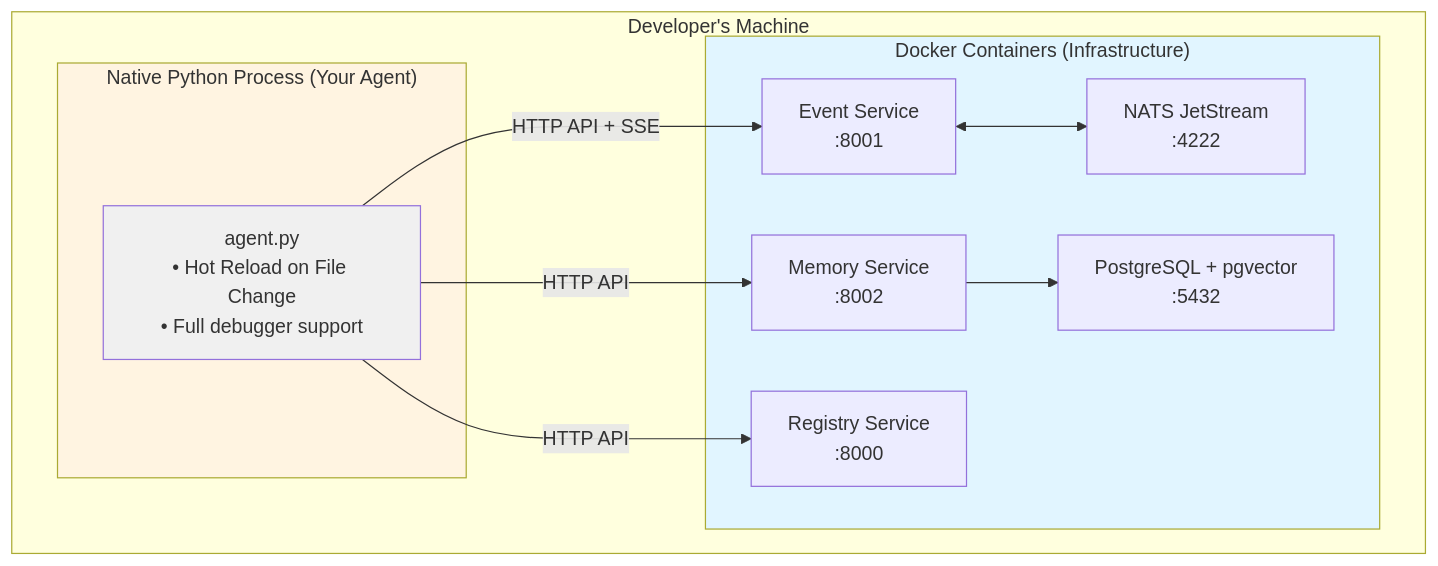
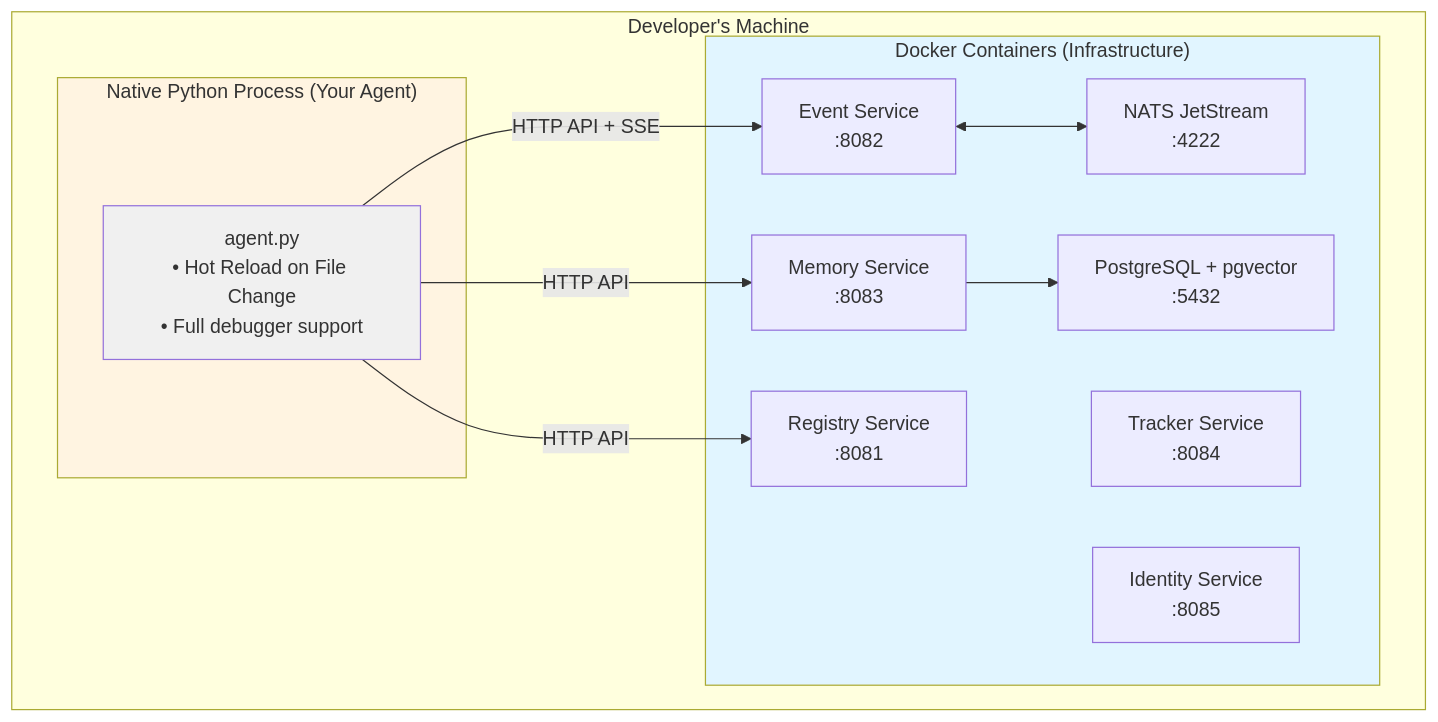
One commit to soorma-ai/soorma-core changed the diagram in docs/DEVELOPER_GUIDE.md. Above: the diagram before and after it, drawn with Mermaid. The commit also changed other lines of this file and 9 other files, not shown here.

````diff
--- a/docs/DEVELOPER_GUIDE.md
+++ b/docs/DEVELOPER_GUIDE.md
@@ -80,27 +85,29 @@
 ```mermaid
 graph TB
     subgraph DevMachine["Developer's Machine"]
         subgraph Docker["Docker Containers (Infrastructure)"]
-            Registry["Registry Service<br/>:8000"]
-            EventService["Event Service<br/>:8001"]
-            Memory["Memory Service<br/>:8002"]
+            Registry["Registry Service<br/>:8081"]
+            EventService["Event Service<br/>:8082"]
+            Memory["Memory Service<br/>:8083"]
+            Tracker["Tracker Service<br/>:8084"]
+            Identity["Identity Service<br/>:8085"]
             NATS["NATS JetStream<br/>:4222"]
             Postgres["PostgreSQL + pgvector<br/>:5432"]
             
             EventService <--> NATS
             Memory --> Postgres
         end
         
         subgraph Native["Native Python Process (Your Agent)"]
             Agent["agent.py<br/>• Hot Reload on File Change<br/>• Full debugger support"]
         end
         
         Agent -->|"HTTP API"| Registry
         Agent -->|"HTTP API + SSE"| EventService
         Agent -->|"HTTP API"| Memory
     end
     
     style Docker fill:#e1f5ff
     style Native fill:#fff4e1
     style Agent fill:#f0f0f0
 ```
````
